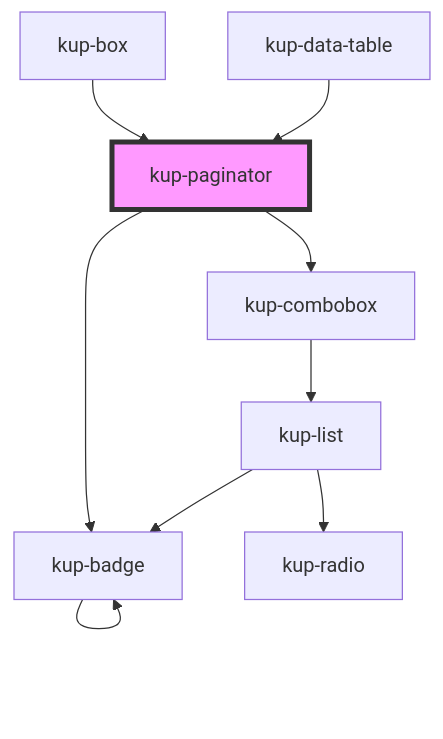
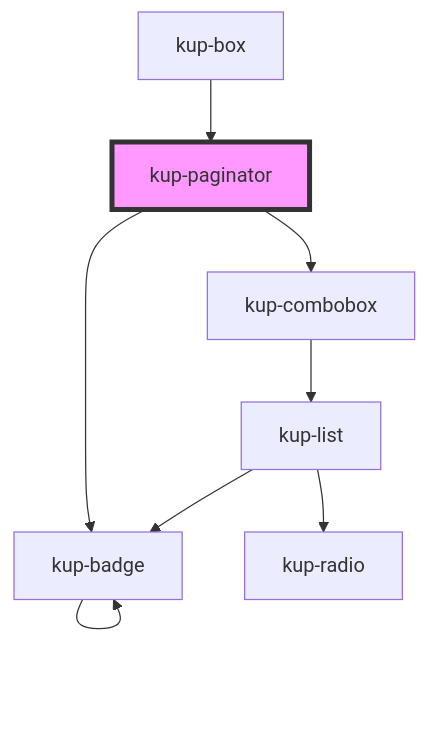
One commit to smeup/ketchup changed the diagram in packages/ketchup/src/components/kup-paginator/readme.md. Above: the diagram before and after it, drawn with Mermaid. The commit also changed other lines of this file and 9 other files, not shown here.

````diff
--- a/packages/ketchup/src/components/kup-paginator/readme.md
+++ b/packages/ketchup/src/components/kup-paginator/readme.md
@@ -54,12 +53,11 @@
 ```mermaid
 graph TD;
   kup-paginator --> kup-combobox
   kup-paginator --> kup-badge
   kup-combobox --> kup-list
   kup-list --> kup-radio
   kup-list --> kup-badge
   kup-badge --> kup-badge
   kup-box --> kup-paginator
-  kup-data-table --> kup-paginator
   style kup-paginator fill:#f9f,stroke:#333,stroke-width:4px
 ```
````
